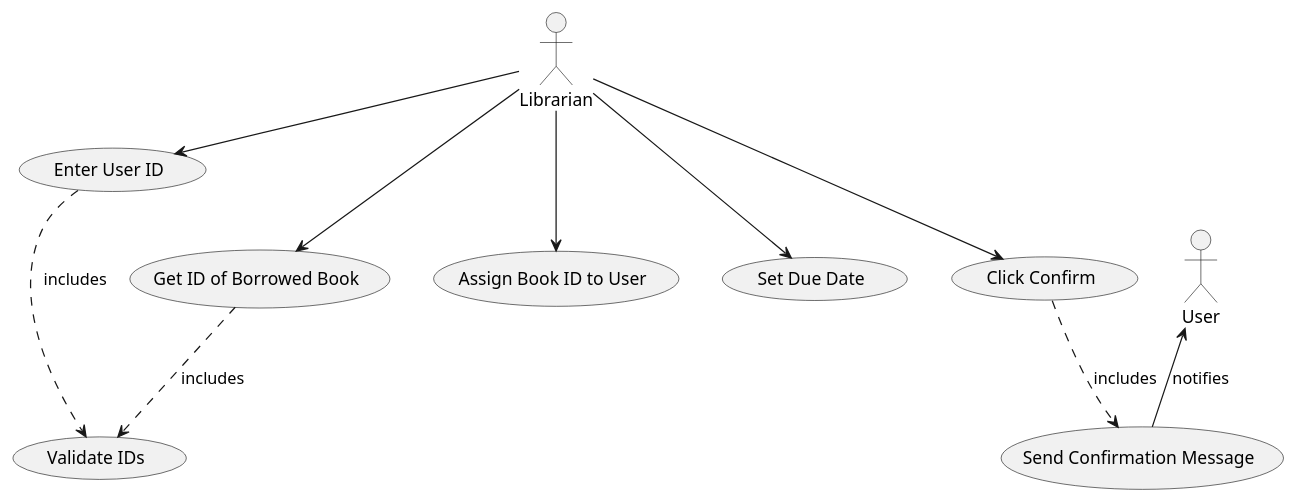
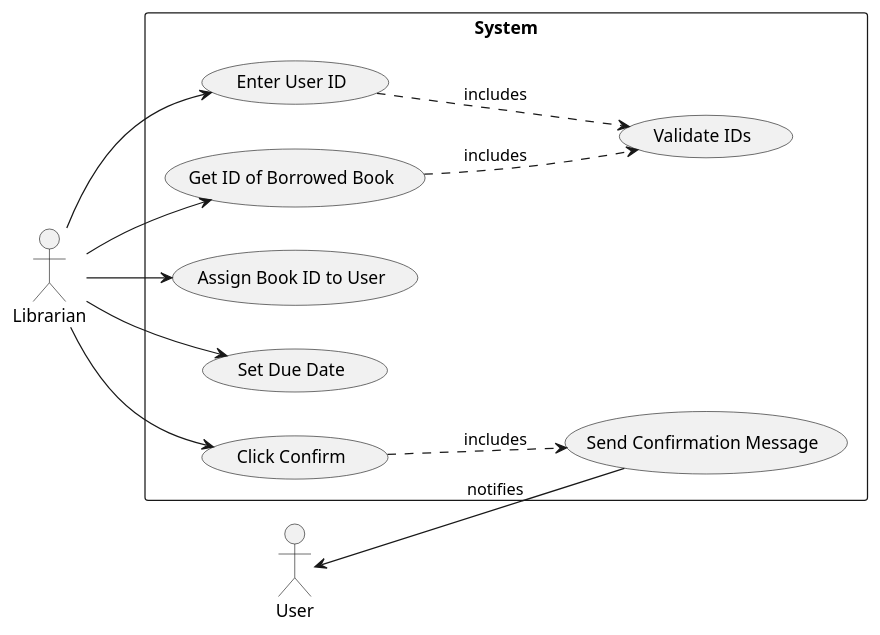
Before and after one commit to SalmaAzeem/library-system: the diagram in diagrams/UCDs/Assign Borrowed Book.puml, drawn with PlantUML. The commit also changed 7 other files, not shown here.

Commit message:
Refactor to add rectangle System

```diff
--- a/diagrams/UCDs/Assign Borrowed Book.puml
+++ b/diagrams/UCDs/Assign Borrowed Book.puml
@@ -1,27 +1,30 @@
 @startuml
 actor :Librarian: as lib
 actor :User:
+left to right direction
 
-(Enter User ID) as enterID
-(Get ID of Borrowed Book) as borrow
-(Validate IDs) as validate
-(Assign Book ID to User) as assign
-(Set Due Date) as setDue
-(Click Confirm) as confirm
-(Send Confirmation Message) as confirmMsg
+rectangle "System" {
+    (Enter User ID) as enterID
+    (Get ID of Borrowed Book) as borrow
+    (Validate IDs) as validate
+    (Assign Book ID to User) as assign
+    (Set Due Date) as setDue
+    (Click Confirm) as confirm
+    (Send Confirmation Message) as confirmMsg
+}
 
 lib -> enterID
 
 enterID ..> validate : includes
 
 lib --> borrow
 
 borrow ..> validate : includes
 
 
 lib --> assign
 lib --> setDue
 lib --> confirm
 confirm ..> confirmMsg :includes
 User <-- confirmMsg : notifies
 @enduml
```
